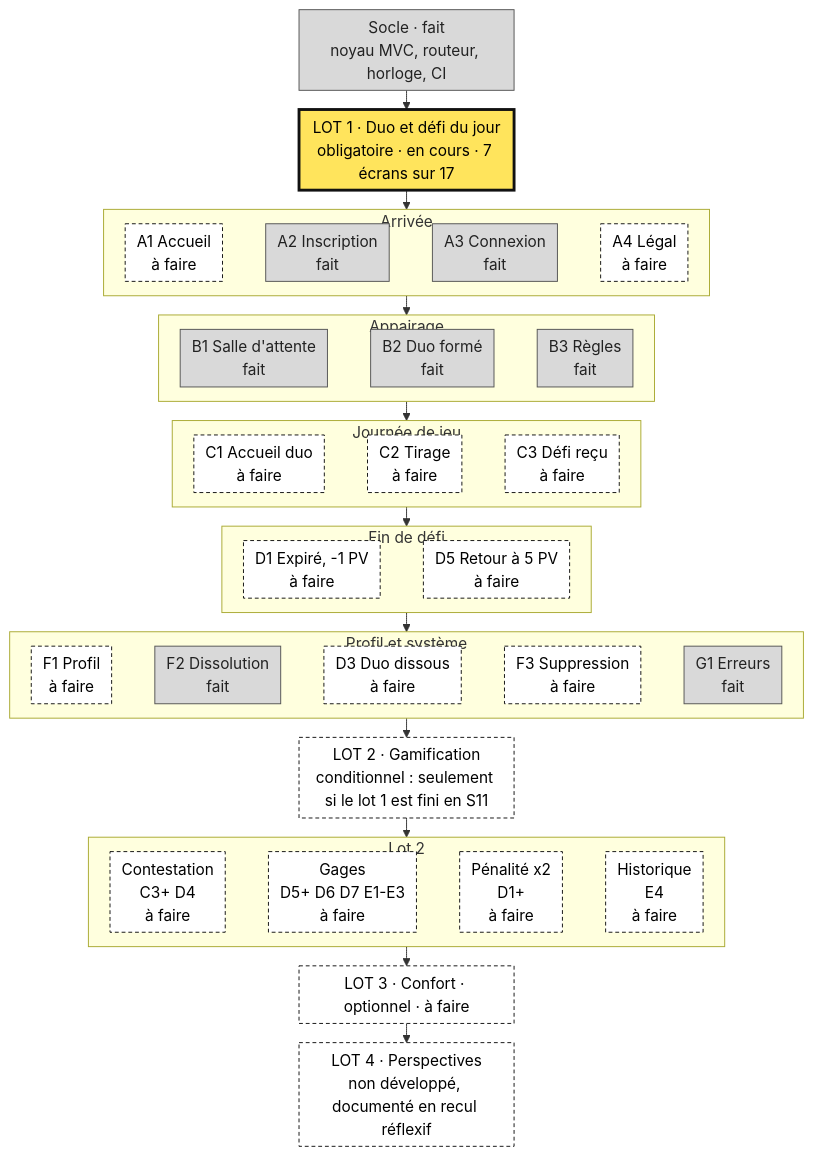
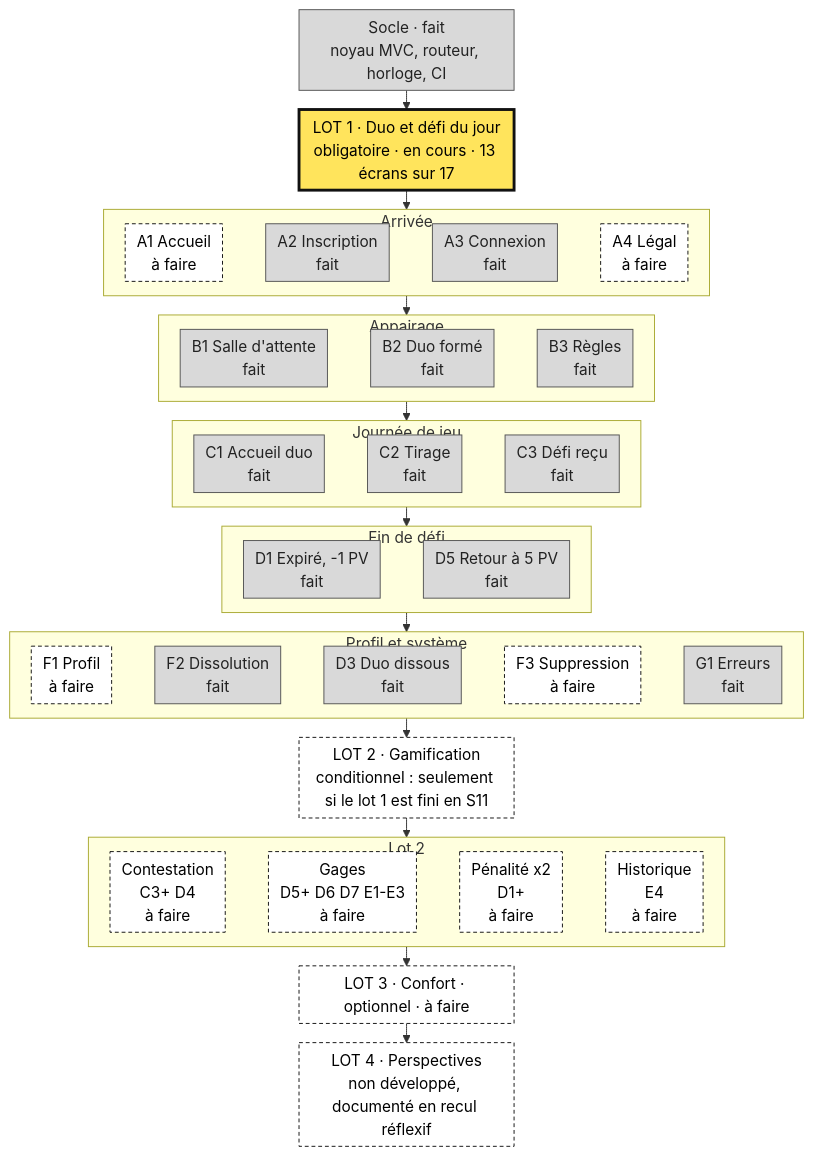
The first of 2 diagrams in README.md (matteo-lorenzi/Quest-Love), drawn with Mermaid before and after one commit. The commit also changed other lines of this file and 2 other files, not shown here.

Commit message:
Documents à jour après le lot de la journée de jeu
README : code au 19/11/2026, lot 1 à 13 écrans sur 17 (C1, C2, C3, D1, D3, D5 passent à « fait » ; restent A1, A4, F1, F3) ; toutes les tables existent en base sauf gage.
Doc technique § 5.1 : TirageService, socle-c1, carte-defi et panneau-confirmation, C1, C2 et C3, bloc-evenement cochés ; annotations du routeur, d'eventail.js/echeance.js et du jeu de démonstration recalées sur le code.
Note de la spec #61 : section du ticket #80, la vérification de Rose dans le navigateur reste ouverte.

Closes #80

````diff
--- a/README.md
+++ b/README.md
@@ -14,66 +14,66 @@
 ```mermaid
 %%{init: {"flowchart": {"nodeSpacing": 10, "rankSpacing": 20, "padding": 6, "htmlLabels": true}}}%%
 flowchart TB
   S["Socle · fait<br/>noyau MVC, routeur, horloge, CI"]:::fait
-  L1["LOT 1 · Duo et défi du jour<br/>obligatoire · en cours · 7 écrans sur 17"]:::encours
+  L1["LOT 1 · Duo et défi du jour<br/>obligatoire · en cours · 13 écrans sur 17"]:::encours
   L2["LOT 2 · Gamification<br/>conditionnel : seulement si le lot 1 est fini en S11"]:::afaire
   L3["LOT 3 · Confort · optionnel · à faire"]:::afaire
   L4["LOT 4 · Perspectives<br/>non développé, documenté en recul réflexif"]:::afaire
 
   subgraph P1["Arrivée"]
     direction LR
     A1["A1 Accueil<br/>à faire"]:::afaire
     A2["A2 Inscription<br/>fait"]:::fait
     A3["A3 Connexion<br/>fait"]:::fait
     A4["A4 Légal<br/>à faire"]:::afaire
     A1 ~~~ A2 ~~~ A3 ~~~ A4
   end
 
   subgraph P2["Appairage"]
     direction LR
     B1["B1 Salle d'attente<br/>fait"]:::fait
     B2["B2 Duo formé<br/>fait"]:::fait
     B3["B3 Règles<br/>fait"]:::fait
     B1 ~~~ B2 ~~~ B3
   end
 
   subgraph P3["Journée de jeu"]
     direction LR
-    C1["C1 Accueil duo<br/>à faire"]:::afaire
-    C2["C2 Tirage<br/>à faire"]:::afaire
-    C3["C3 Défi reçu<br/>à faire"]:::afaire
+    C1["C1 Accueil duo<br/>fait"]:::fait
+    C2["C2 Tirage<br/>fait"]:::fait
+    C3["C3 Défi reçu<br/>fait"]:::fait
     C1 ~~~ C2 ~~~ C3
   end
 
   subgraph P4["Fin de défi"]
     direction LR
-    D1["D1 Expiré, -1 PV<br/>à faire"]:::afaire
-    D5["D5 Retour à 5 PV<br/>à faire"]:::afaire
+    D1["D1 Expiré, -1 PV<br/>fait"]:::fait
+    D5["D5 Retour à 5 PV<br/>fait"]:::fait
     D1 ~~~ D5
   end
 
   subgraph P5["Profil et système"]
     direction LR
     F1["F1 Profil<br/>à faire"]:::afaire
     F2["F2 Dissolution<br/>fait"]:::fait
-    D3["D3 Duo dissous<br/>à faire"]:::afaire
+    D3["D3 Duo dissous<br/>fait"]:::fait
     F3["F3 Suppression<br/>à faire"]:::afaire
     G1["G1 Erreurs<br/>fait"]:::fait
     F1 ~~~ F2 ~~~ D3 ~~~ F3 ~~~ G1
   end
 
   subgraph P6["Lot 2"]
     direction LR
     X1["Contestation<br/>C3+ D4<br/>à faire"]:::afaire
     X2["Gages<br/>D5+ D6 D7 E1-E3<br/>à faire"]:::afaire
     X3["Pénalité x2<br/>D1+<br/>à faire"]:::afaire
     X4["Historique<br/>E4<br/>à faire"]:::afaire
     X1 ~~~ X2 ~~~ X3 ~~~ X4
   end
 
   S --> L1 --> P1 --> P2 --> P3 --> P4 --> P5 --> L2 --> P6 --> L3 --> L4
 
   classDef fait fill:#d9d9d9,stroke:#555555,color:#222222
   classDef encours fill:#ffe45c,stroke:#111111,stroke-width:3px,color:#000000
   classDef afaire fill:#ffffff,stroke:#111111,stroke-dasharray:4 3,color:#000000
 ```
````
